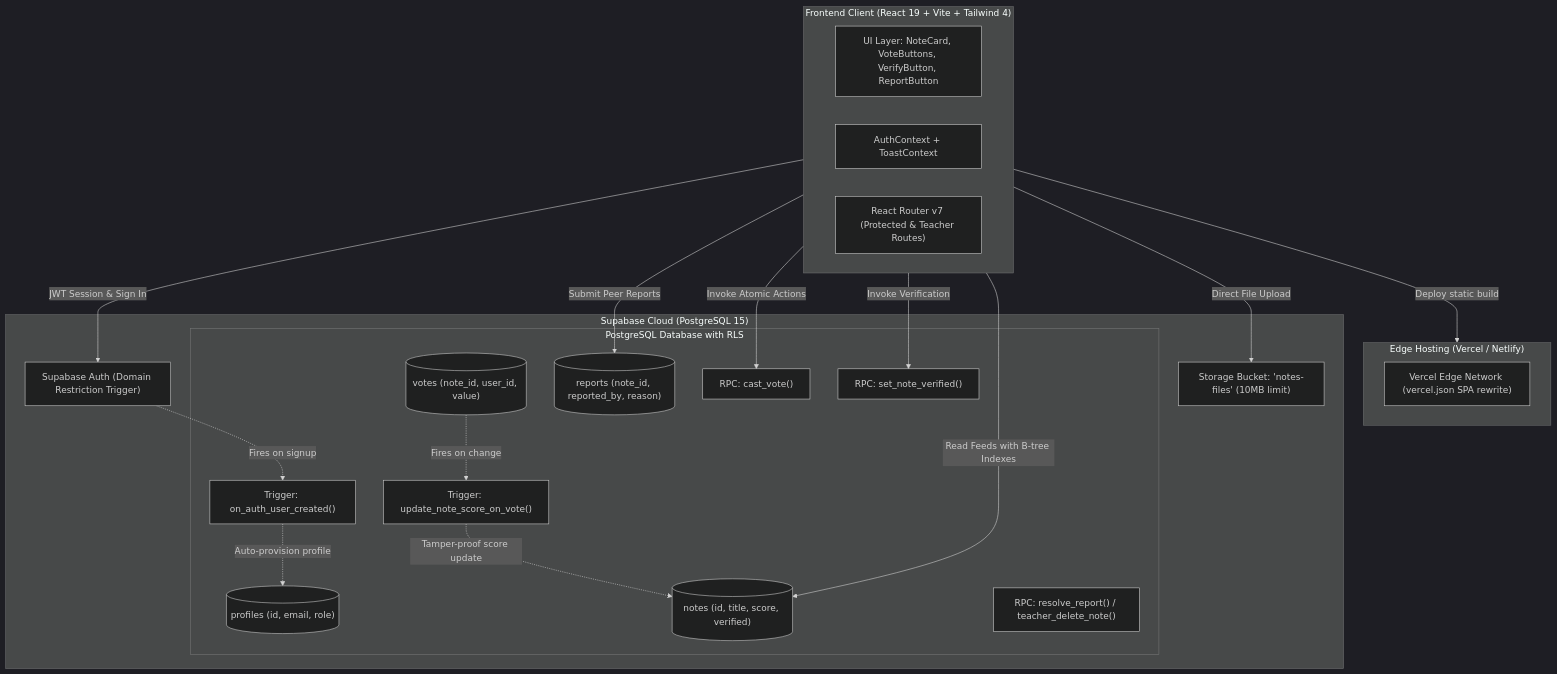
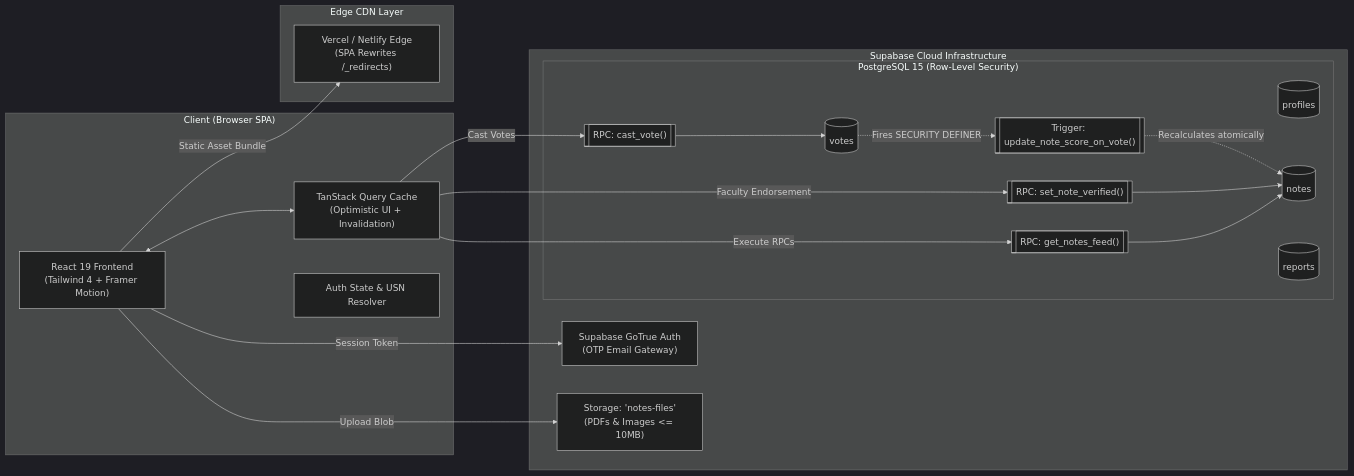
The second of 3 diagrams in README.md (AnanthAkshay/notes-hub), drawn with Mermaid (dark theme) before and after one commit. The commit also changed other lines of this file, not shown here.

Commit message:
docs: overhaul README with architecture diagrams, visual tour, and OTP roster guide

````diff
--- a/README.md
+++ b/README.md
@@ -57,43 +111,43 @@
 ```mermaid
-flowchart TD
-    subgraph Client["Frontend Client (React 19 + Vite + Tailwind 4)"]
-        UI["UI Layer: NoteCard, VoteButtons, VerifyButton, ReportButton"]
-        Context["AuthContext + ToastContext"]
-        Router["React Router v7 (Protected & Teacher Routes)"]
+flowchart LR
+    subgraph Browser["Client (Browser SPA)"]
+        UI["React 19 Frontend<br/>(Tailwind 4 + Framer Motion)"]
+        Cache["TanStack Query Cache<br/>(Optimistic UI + Invalidation)"]
+        AuthContext["Auth State & USN Resolver"]
     end
 
-    subgraph CDN["Edge Hosting (Vercel / Netlify)"]
-        SPA["Vercel Edge Network (vercel.json SPA rewrite)"]
+    subgraph CDN["Edge CDN Layer"]
+        Vercel["Vercel / Netlify Edge<br/>(SPA Rewrites /_redirects)"]
     end
 
-    subgraph Supabase["Supabase Cloud (PostgreSQL 15)"]
-        Auth["Supabase Auth (Domain Restriction Trigger)"]
-        Storage["Storage Bucket: 'notes-files' (10MB limit)"]
+    subgraph Supabase["Supabase Cloud Infrastructure"]
+        Auth["Supabase GoTrue Auth<br/>(OTP Email Gateway)"]
+        Storage["Storage: 'notes-files'<br/>(PDFs & Images <= 10MB)"]
         
-        subgraph DB["PostgreSQL Database with RLS"]
-            Profiles[("profiles (id, email, role)")]
-            Notes[("notes (id, title, score, verified)")]
-            Votes[("votes (note_id, user_id, value)")]
-            Reports[("reports (note_id, reported_by, reason)")]
+        subgraph Postgres["PostgreSQL 15 (Row-Level Security)"]
+            T_Profiles[("profiles")]
+            T_Notes[("notes")]
+            T_Votes[("votes")]
+            T_Reports[("reports")]
             
-            TriggerVote["Trigger: update_note_score_on_vote()"]
-            TriggerAuth["Trigger: on_auth_user_created()"]
-            RPCCast["RPC: cast_vote()"]
-            RPCVerify["RPC: set_note_verified()"]
-            RPCReport["RPC: resolve_report() / teacher_delete_note()"]
+            FN_Feed[["RPC: get_notes_feed()"]]
+            FN_Vote[["RPC: cast_vote()"]]
+            FN_Verify[["RPC: set_note_verified()"]]
+            TR_Score[["Trigger: update_note_score_on_vote()"]]
         end
     end
 
-    Client -->|Deploy static build| CDN
-    Client -->|JWT Session & Sign In| Auth
-    Client -->|Direct File Upload| Storage
-    Client -->|Read Feeds with B-tree Indexes| Notes
-    Client -->|Invoke Atomic Actions| RPCCast
-    Client -->|Invoke Verification| RPCVerify
-    Client -->|Submit Peer Reports| Reports
-
-    Votes -.->|Fires on change| TriggerVote
-    TriggerVote -.->|Tamper-proof score update| Notes
-    Auth -.->|Fires on signup| TriggerAuth
-    TriggerAuth -.->|Auto-provision profile| Profiles
+    UI <--> Cache
+    UI -->|Session Token| Auth
+    UI -->|Static Asset Bundle| Vercel
+    UI -->|Upload Blob| Storage
+    Cache -->|Execute RPCs| FN_Feed
+    Cache -->|Cast Votes| FN_Vote
+    Cache -->|Faculty Endorsement| FN_Verify
+    
+    FN_Vote --> T_Votes
+    T_Votes -.->|Fires SECURITY DEFINER| TR_Score
+    TR_Score -.->|Recalculates atomically| T_Notes
+    FN_Verify --> T_Notes
+    FN_Feed --> T_Notes
 ```
````
